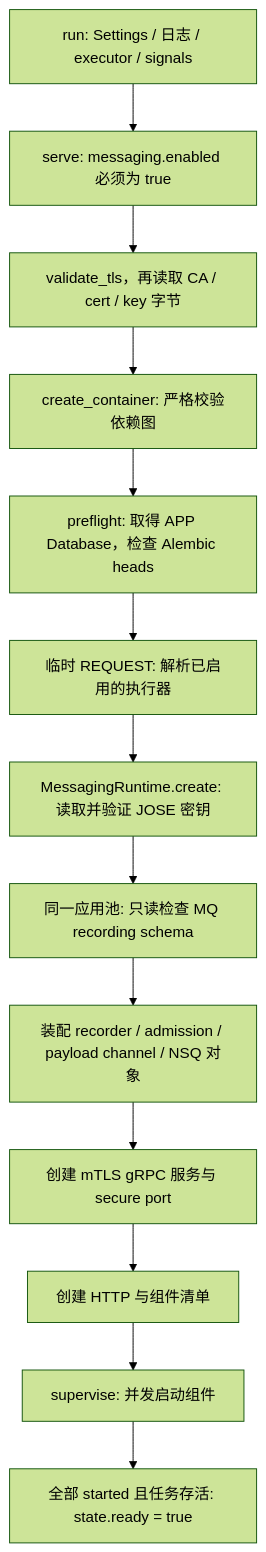
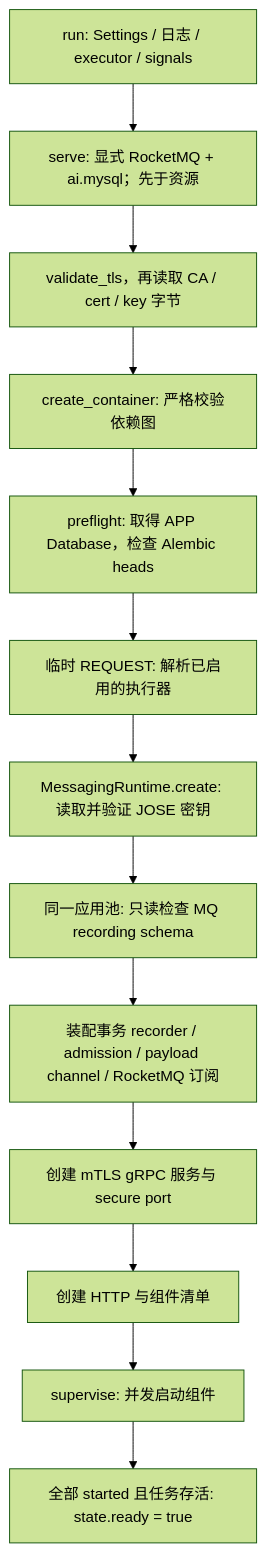
The second of 2 diagrams in docs/01-运行时/01-单进程架构与启动装配.md (FangcunMount/qs-ai), drawn with Mermaid (forest theme) before and after one commit. The commit also changed other lines of this file and 22 other files, not shown here.

````diff
--- a/docs/01-运行时/01-单进程架构与启动装配.md
+++ b/docs/01-运行时/01-单进程架构与启动装配.md
@@ -80,15 +78,15 @@
 ```mermaid
 flowchart TD
-    Settings["run: Settings / 日志 / executor / signals"] --> MQEnabled["serve: messaging.enabled 必须为 true"]
+    Settings["run: Settings / 日志 / executor / signals"] --> MQEnabled["serve: 显式 RocketMQ + ai.mysql；先于资源"]
     MQEnabled --> TLS["validate_tls，再读取 CA / cert / key 字节"]
     TLS --> DI["create_container: 严格校验依赖图"]
     DI --> DB["preflight: 取得 APP Database，检查 Alembic heads"]
     DB --> Workers["临时 REQUEST: 解析已启用的执行器"]
     Workers --> Keys["MessagingRuntime.create: 读取并验证 JOSE 密钥"]
     Keys --> Recording["同一应用池: 只读检查 MQ recording schema"]
-    Recording --> Messaging["装配 recorder / admission / payload channel / NSQ 对象"]
+    Recording --> Messaging["装配事务 recorder / admission / payload channel / RocketMQ 订阅"]
     Messaging --> GRPC["创建 mTLS gRPC 服务与 secure port"]
     GRPC --> Components["创建 HTTP 与组件清单"]
     Components --> Start["supervise: 并发启动组件"]
     Start --> Ready["全部 started 且任务存活: state.ready = true"]
 ```
````
